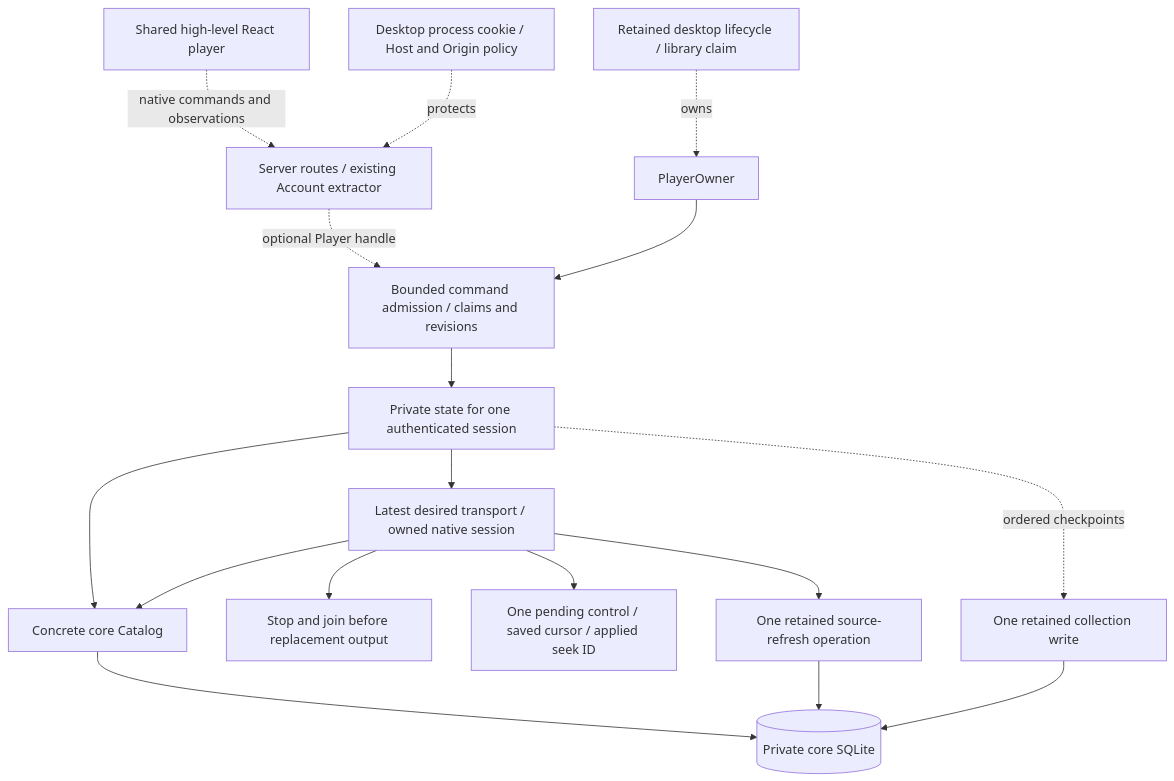
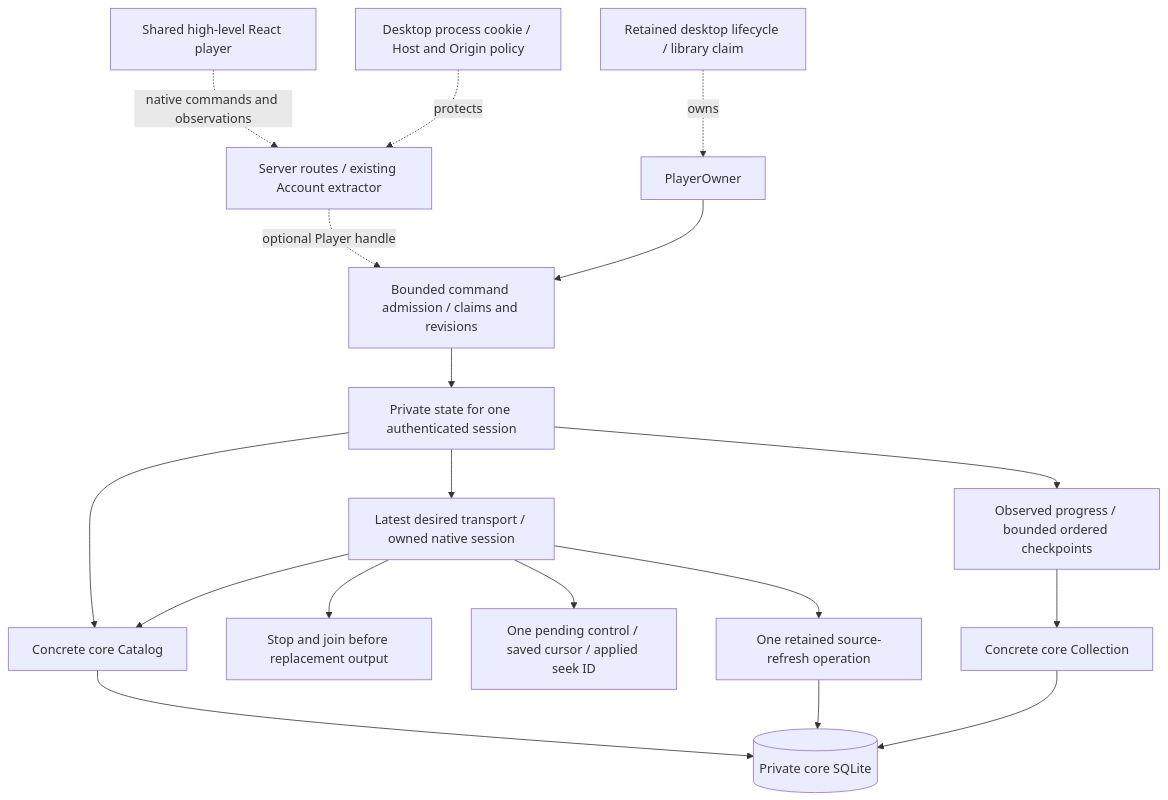
Before and after one commit to acidiney/hitoapp: the diagram in docs/native-coordinator.md, drawn with Mermaid. The commit also changed other lines of this file and 3 other files, not shown here.

Commit message:
Document ordered native progress and its persistence limits

````diff
--- a/docs/native-coordinator.md
+++ b/docs/native-coordinator.md
@@ -9,19 +9,20 @@
 ```mermaid
 flowchart TB
   UI[Shared high-level React player] -. native commands and observations .-> HTTP[Server routes / existing Account extractor]
   Access[Desktop process cookie / Host and Origin policy] -. protects .-> HTTP
   HTTP -. optional Player handle .-> Admission[Bounded command admission / claims and revisions]
   Host[Retained desktop lifecycle / library claim] -. owns .-> Owner[PlayerOwner]
   Owner --> Admission
   Admission --> State[Private state for one authenticated session]
   State --> Catalog[Concrete core Catalog]
   State --> Native[Latest desired transport / owned native session]
   Native --> Catalog
   Native --> Join[Stop and join before replacement output]
   Native --> Controls[One pending control / saved cursor / applied seek ID]
   Native --> Refresh[One retained source-refresh operation]
-  State -. ordered checkpoints .-> Progress[One retained collection write]
+  State --> Progress[Observed progress / bounded ordered checkpoints]
+  Progress --> Collection[Concrete core Collection]
   Catalog --> DB[(Private core SQLite)]
   Refresh --> DB
-  Progress --> DB
+  Collection --> DB
 ```
````
